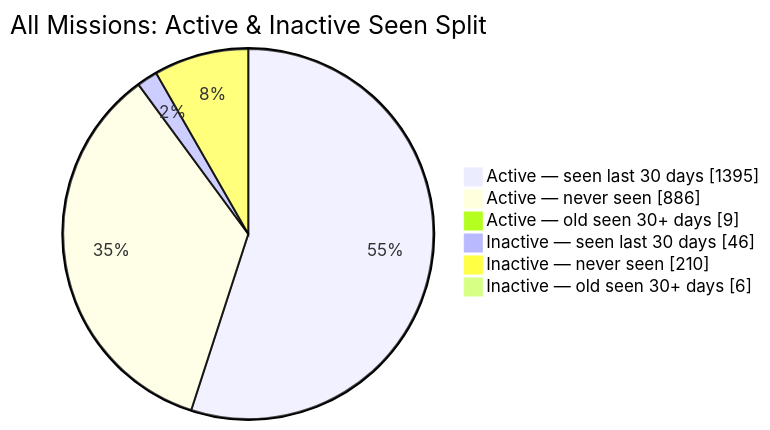
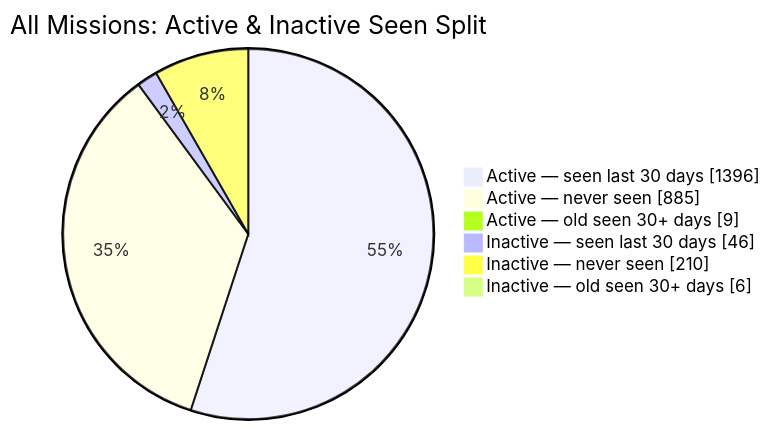
One commit to MeldkamerspelGameTeam/active-missions changed the second of 2 diagrams in README.md. Above: the diagram before and after it, drawn with Mermaid. The commit also changed other lines of this file and 2 other files, not shown here.

````diff
--- a/README.md
+++ b/README.md
@@ -44,10 +44,10 @@
 ```mermaid
 pie showData
     title All Missions: Active & Inactive Seen Split
-    "Active — seen last 30 days" : 1395
-    "Active — never seen" : 886
+    "Active — seen last 30 days" : 1396
+    "Active — never seen" : 885
     "Active — old seen 30+ days" : 9
     "Inactive — seen last 30 days" : 46
     "Inactive — never seen" : 210
     "Inactive — old seen 30+ days" : 6
 ```
````
